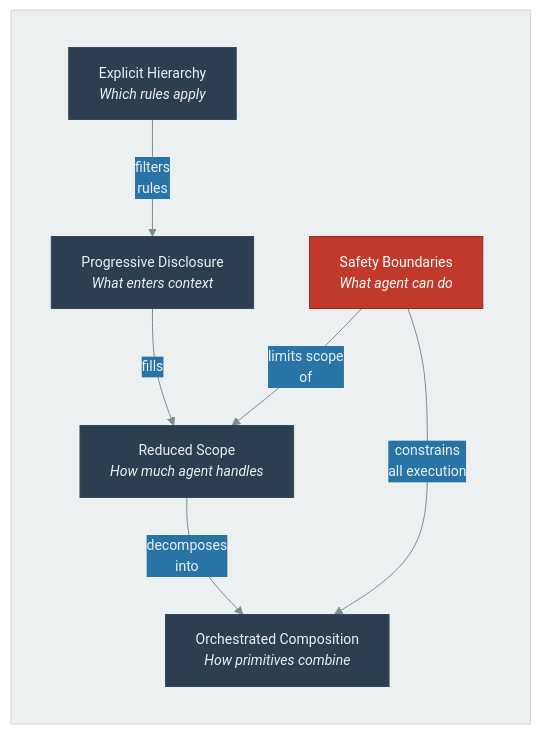
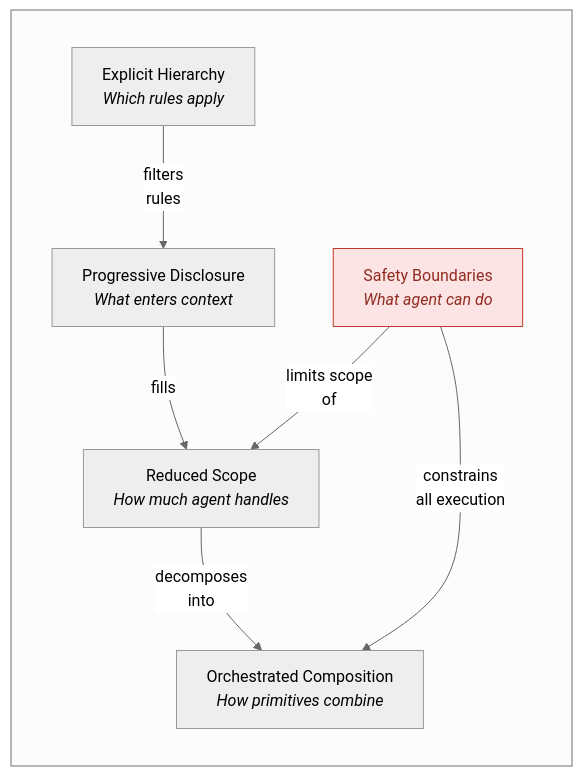
Before and after one commit to danielmeppiel/agentic-sdlc-handbook: the diagram in handbook/ch01-the-agentic-sdlc-thesis.qmd, drawn with Mermaid. The commit also changed 15 other files, not shown here.

First line of the commit message:
fix: strip custom colors, use Mermaid neutral theme for clean diagrams

````diff
--- a/handbook/ch01-the-agentic-sdlc-thesis.qmd
+++ b/handbook/ch01-the-agentic-sdlc-thesis.qmd
@@ -85,24 +85,24 @@
 ```{mermaid}
 %%| fig-width: 4.5
 %%| fig-cap: "The five PROSE specification principles and their relationships"
 %%| fig-alt: "A flowchart showing five PROSE principles arranged in a hierarchy. Explicit Hierarchy filters rules into Progressive Disclosure, which fills Reduced Scope, which decomposes into Orchestrated Composition. Safety Boundaries constrains all execution of Orchestrated Composition and limits the scope of Reduced Scope. The flow is left to right with Safety Boundaries acting as a cross-cutting constraint on the other four principles."
 %%| label: fig-prose-principles
-%%{init: {'theme': 'base', 'themeVariables': {'primaryColor': '#2c3e50', 'primaryTextColor': '#ecf0f1', 'primaryBorderColor': '#34495e', 'lineColor': '#7f8c8d', 'secondaryColor': '#2874a6', 'tertiaryColor': '#ecf0f1', 'fontSize': '14px'}}}%%
+%%{init: {'theme': 'neutral'}}%%
 flowchart LR
     subgraph " "
         direction TB
         EH["Explicit Hierarchy<br/><em>Which rules apply</em>"]
         PD["Progressive Disclosure<br/><em>What enters context</em>"]
         RS["Reduced Scope<br/><em>How much agent handles</em>"]
         OC["Orchestrated Composition<br/><em>How primitives combine</em>"]
         SB["Safety Boundaries<br/><em>What agent can do</em>"]
     end
 
     EH -- "filters<br/>rules" --> PD
     PD -- "fills" --> RS
     RS -- "decomposes<br/>into" --> OC
     SB -- "constrains<br/>all execution" --> OC
     SB -- "limits scope<br/>of" --> RS
 
-    style SB fill:#c0392b,stroke:#922b21,color:#fff
+    style SB fill:#fce4e4,stroke:#c0392b,color:#922b21
 ```
````
